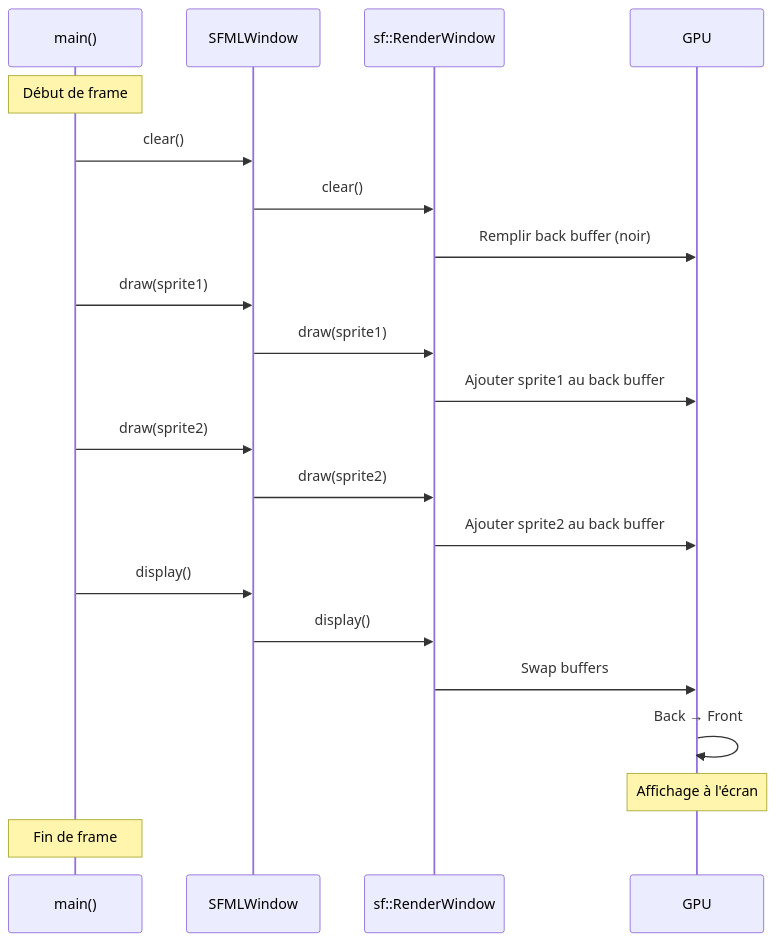
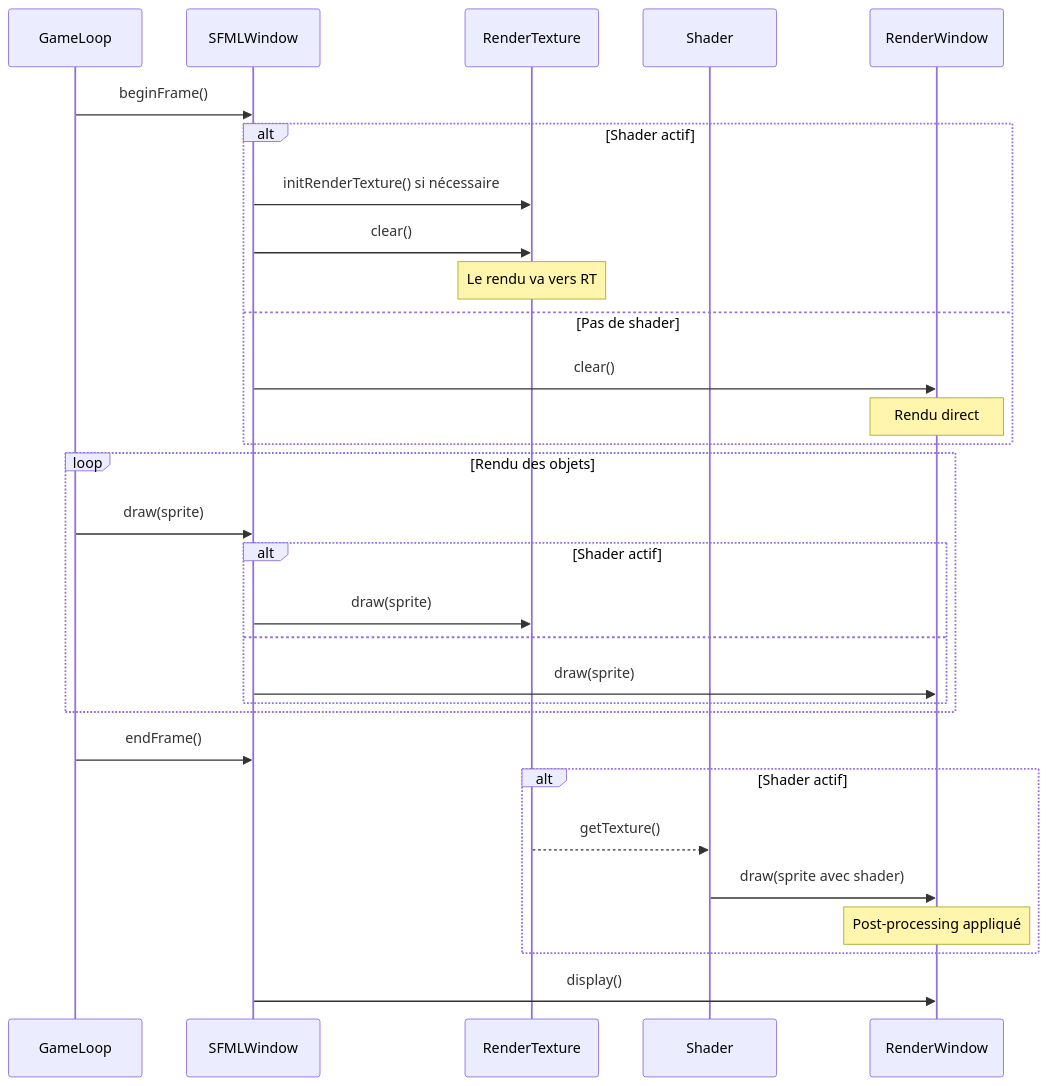
One commit to ChrisG-L/rtype changed the second of 2 diagrams in docs/client/graphics/sfml-implementation.md. Above: the diagram before and after it, drawn with Mermaid. The commit also changed other lines of this file and 1 other file, not shown here.

First line of the commit message:
docs: improve graphics library documentation

````diff
--- a/docs/client/graphics/sfml-implementation.md
+++ b/docs/client/graphics/sfml-implementation.md
@@ -311,29 +170,38 @@
 ```mermaid
 sequenceDiagram
-    participant Main as main()
+    participant GL as GameLoop
     participant W as SFMLWindow
-    participant SFML as sf::RenderWindow
-    participant GPU as GPU
+    participant RT as RenderTexture
+    participant S as Shader
+    participant RW as RenderWindow
 
-    Note over Main: Début de frame
+    GL->>W: beginFrame()
 
-    Main->>W: clear()
-    W->>SFML: clear()
-    SFML->>GPU: Remplir back buffer (noir)
+    alt Shader actif
+        W->>RT: initRenderTexture() si nécessaire
+        W->>RT: clear()
+        Note over RT: Le rendu va vers RT
+    else Pas de shader
+        W->>RW: clear()
+        Note over RW: Rendu direct
+    end
 
-    Main->>W: draw(sprite1)
-    W->>SFML: draw(sprite1)
-    SFML->>GPU: Ajouter sprite1 au back buffer
+    loop Rendu des objets
+        GL->>W: draw(sprite)
+        alt Shader actif
+            W->>RT: draw(sprite)
+        else
+            W->>RW: draw(sprite)
+        end
+    end
 
-    Main->>W: draw(sprite2)
-    W->>SFML: draw(sprite2)
-    SFML->>GPU: Ajouter sprite2 au back buffer
+    GL->>W: endFrame()
 
-    Main->>W: display()
-    W->>SFML: display()
-    SFML->>GPU: Swap buffers
-    GPU->>GPU: Back → Front
-    Note over GPU: Affichage à l'écran
+    alt Shader actif
+        RT-->>S: getTexture()
+        S->>RW: draw(sprite avec shader)
+        Note over RW: Post-processing appliqué
+    end
 
-    Note over Main: Fin de frame
+    W->>RW: display()
 ```
````
